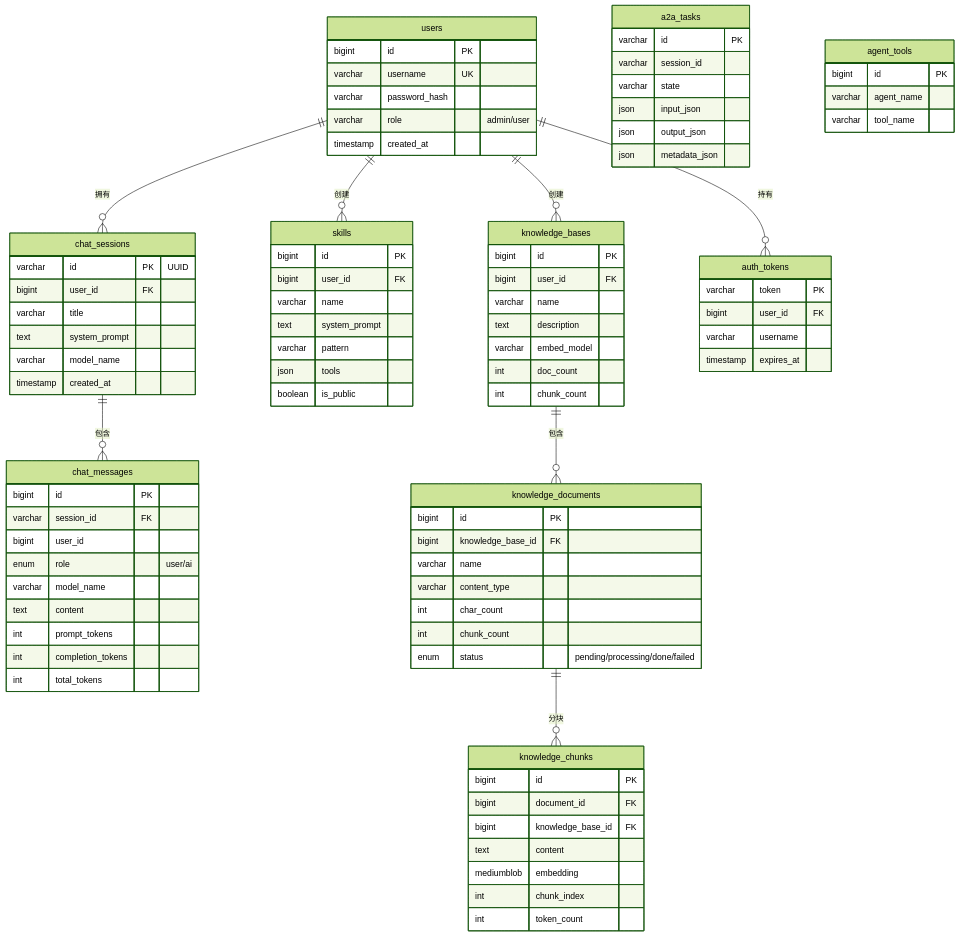
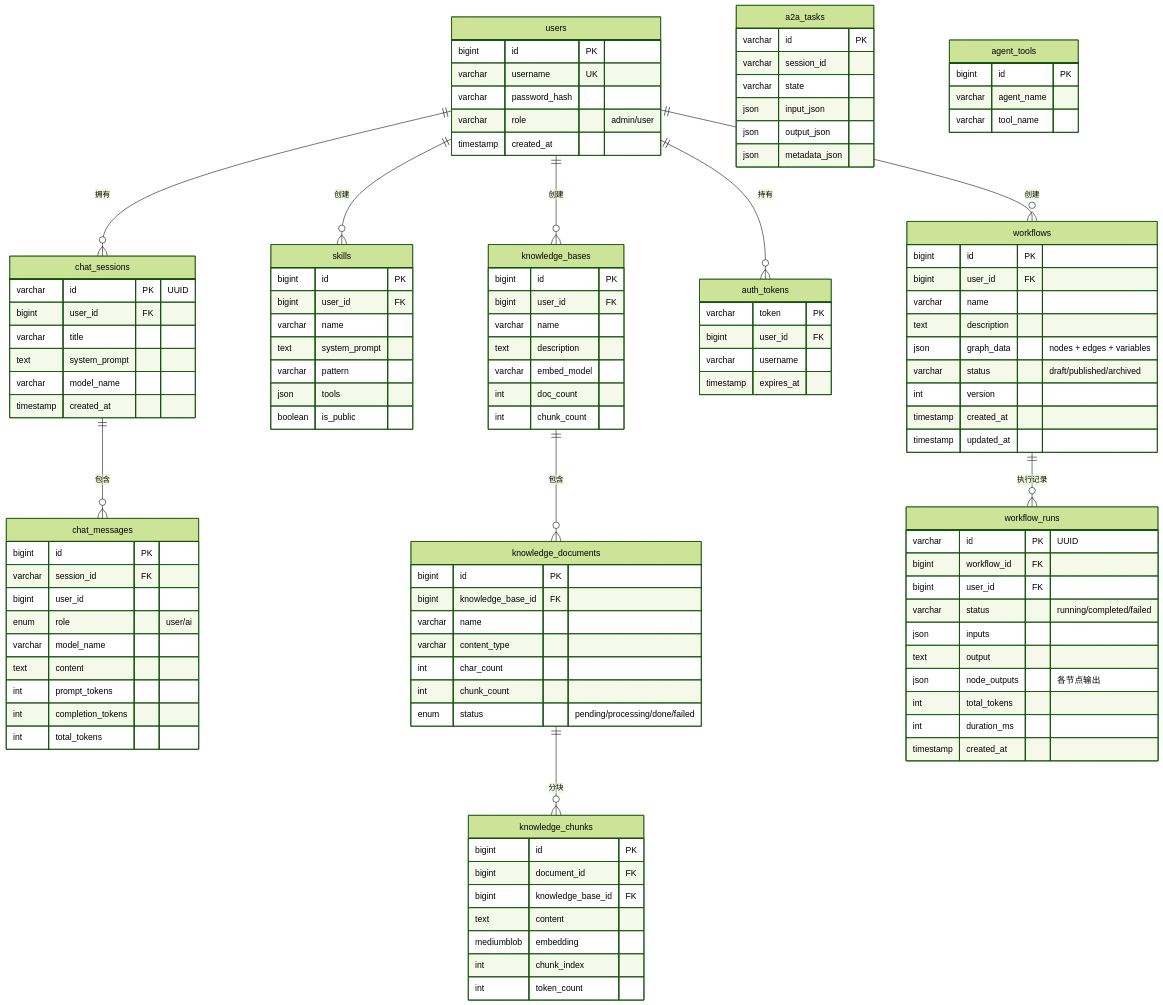
Before and after one commit to JayCoding0/ai-tool: the second of 3 diagrams in docs/architecture.md, drawn with Mermaid (forest theme). The commit also changed other lines of this file and 4 other files, not shown here.

```diff
--- a/docs/architecture.md
+++ b/docs/architecture.md
@@ -67,11 +70,14 @@
     users ||--o{ skills : "创建"
     users ||--o{ knowledge_bases : "创建"
     users ||--o{ auth_tokens : "持有"
+    users ||--o{ workflows : "创建"
     
     chat_sessions ||--o{ chat_messages : "包含"
     
     knowledge_bases ||--o{ knowledge_documents : "包含"
     knowledge_documents ||--o{ knowledge_chunks : "分块"
+    
+    workflows ||--o{ workflow_runs : "执行记录"
     
     users {
         bigint id PK
@@ -158,6 +164,31 @@
         json metadata_json
     }
     
+    workflows {
+        bigint id PK
+        bigint user_id FK
+        varchar name
+        text description
+        json graph_data "nodes + edges + variables"
+        varchar status "draft/published/archived"
+        int version
+        timestamp created_at
+        timestamp updated_at
+    }
+    
+    workflow_runs {
+        varchar id PK "UUID"
+        bigint workflow_id FK
+        bigint user_id FK
+        varchar status "running/completed/failed"
+        json inputs
+        text output
+        json node_outputs "各节点输出"
+        int total_tokens
+        int duration_ms
+        timestamp created_at
+    }
+    
     agent_tools {
         bigint id PK
         varchar agent_name
```
